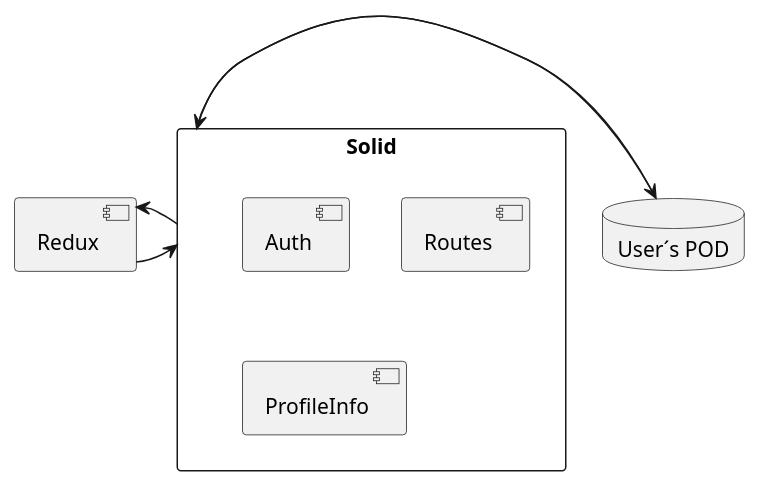
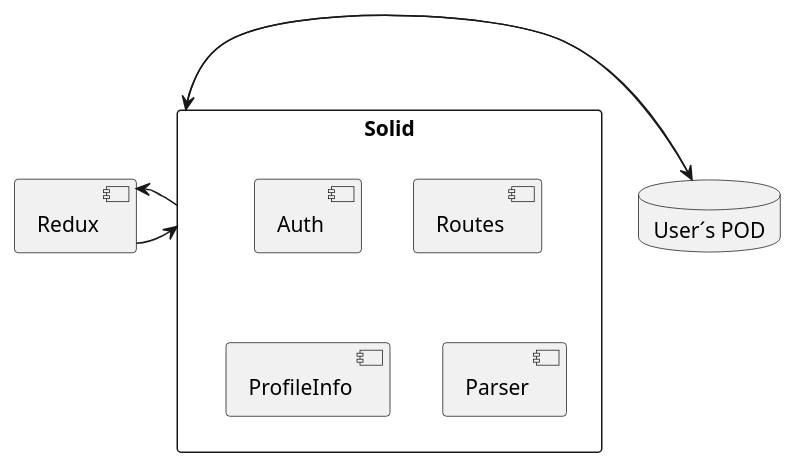
Before and after one commit to Arquisoft/viade_en1b: the diagram in src/docs/diagrams/05-03_whiteboxSolid.puml, drawn with PlantUML. The commit also changed 2 other files, not shown here.

Commit message:
Building block diagrams updated

```diff
--- a/src/docs/diagrams/05-03_whiteboxSolid.puml
+++ b/src/docs/diagrams/05-03_whiteboxSolid.puml
@@ -1,25 +1,26 @@
 @startuml
 
 rectangle Solid as solid {
     [Auth]
     [Routes]
     [ProfileInfo]
+    [Parser]
 }
 
 [Redux] as redux
 
 database "User´s POD" as pod
 
 redux -right-> solid
 solid -> pod
 pod -> solid
 solid -left-> redux
 
 
 
 
 
 
 
 
 @enduml
```
